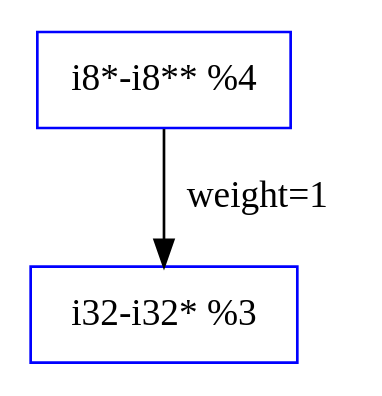
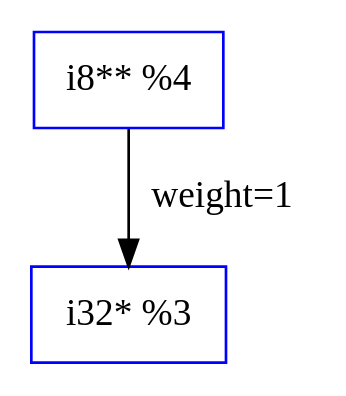
The diagram in input/lwip/memp_free_variable_access_graph.dot (albaq77/GenerateDFG), drawn with Graphviz before and after one commit. The commit also changed 187 other files, not shown here.

```diff
--- a/input/lwip/memp_free_variable_access_graph.dot
+++ b/input/lwip/memp_free_variable_access_graph.dot
@@ -1,5 +1,5 @@
 strict digraph memp_free {
-  1 [label="i32-i32* %3", size=4, color=blue, shape=record];
-  2 [label="i8*-i8** %4", size=1, color=blue, shape=record];
+  1 [label="i32* %3", size=4, color=blue, shape=record];
+  2 [label="i8** %4", size=1, color=blue, shape=record];
   2 -> 1 [label="weight=1", weight="1"];
 }
```
